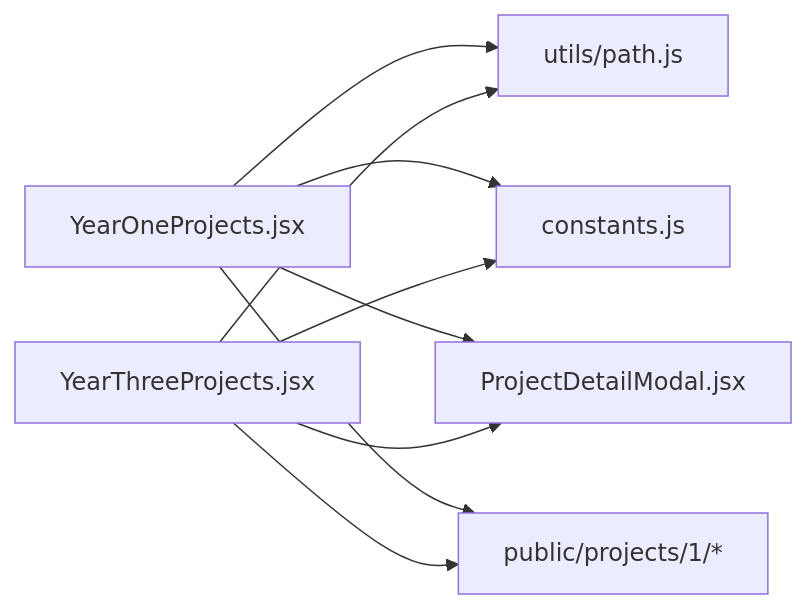
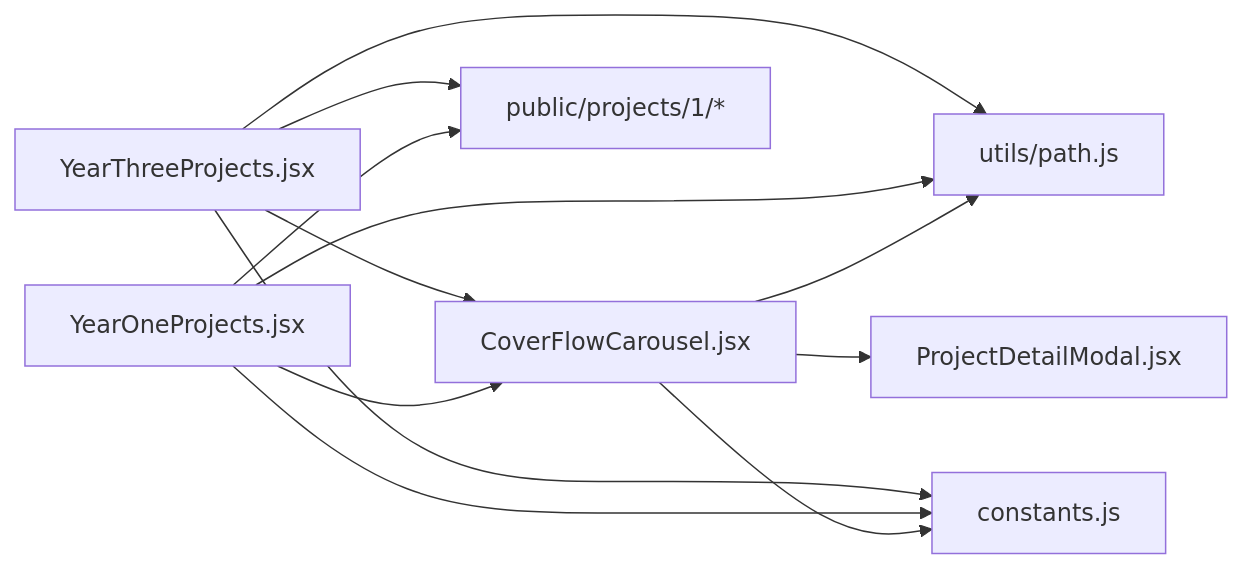
Before and after one commit to lithos666/lithos666.github.io: the sixth of 6 diagrams in .qoder/repowiki/zh/content/核心功能模块/作品展示组件/年份项目组件.md, drawn with Mermaid. The commit also changed other lines of this file and 51 other files, not shown here.

````diff
--- a/.qoder/repowiki/zh/content/核心功能模块/作品展示组件/年份项目组件.md
+++ b/.qoder/repowiki/zh/content/核心功能模块/作品展示组件/年份项目组件.md
@@ -262,11 +326,14 @@
 ```mermaid
 graph LR
-Y1["YearOneProjects.jsx"] --> PTH["utils/path.js"]
-Y1 --> CTS["constants.js"]
-Y3["YearThreeProjects.jsx"] --> PTH
+Y1["YearOneProjects.jsx"] --> CFC["CoverFlowCarousel.jsx"]
+Y3["YearThreeProjects.jsx"] --> CFC
+CFC --> PTH["utils/path.js"]
+CFC --> CTS["constants.js"]
+CFC --> PM["ProjectDetailModal.jsx"]
+Y1 --> PTH
+Y1 --> CTS
+Y3 --> PTH
 Y3 --> CTS
-Y1 --> PM["ProjectDetailModal.jsx"]
-Y3 --> PM
 Y1 --> RES["public/projects/1/*"]
 Y3 --> RES
 ```
````
